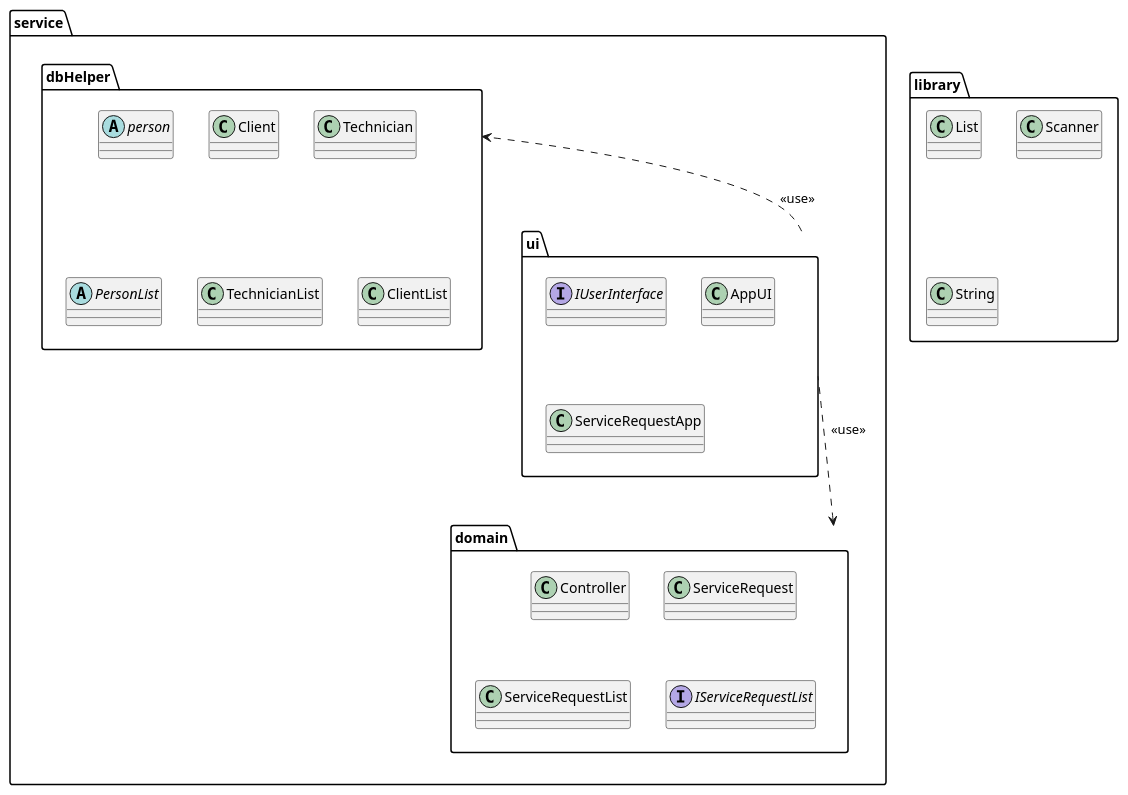
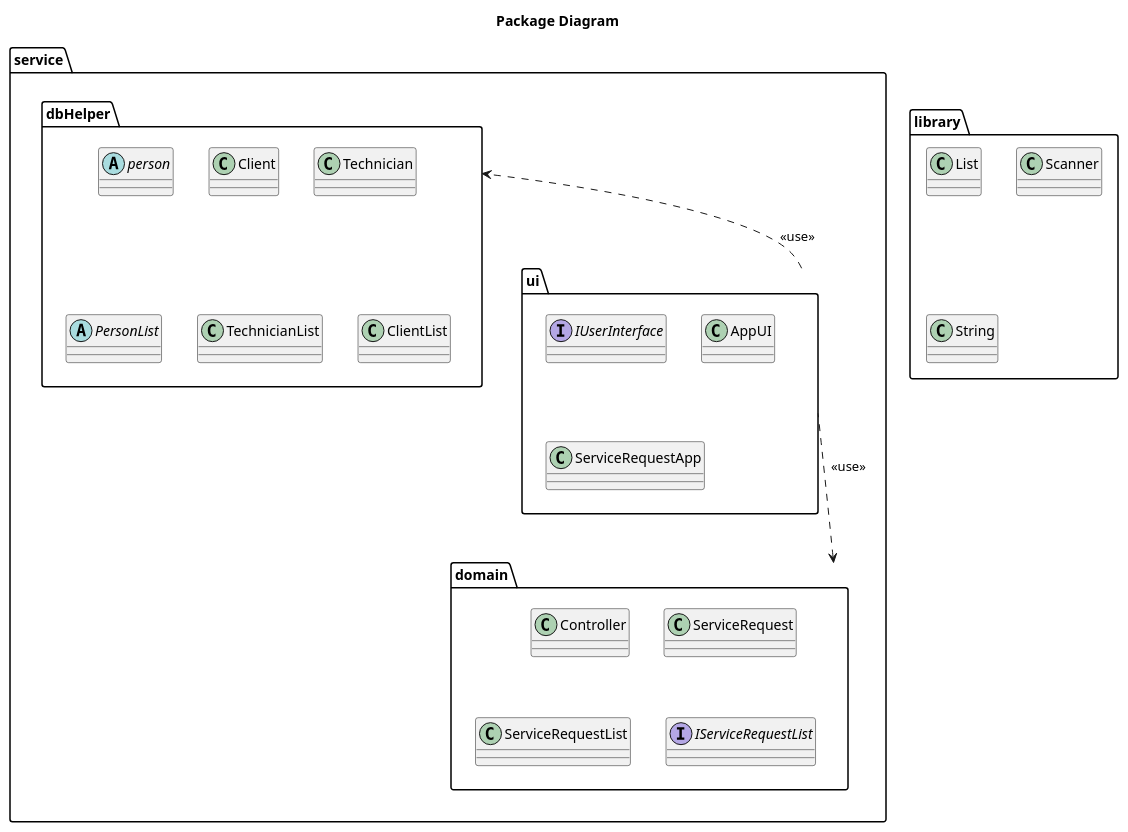
The diagram in UML/ClassDiagram/PackageDiagram.puml (WLun001/service-request-app), drawn with PlantUML before and after one commit. The commit also changed 4 other files, not shown here.

Commit message:
added title for each diagram

```diff
--- a/UML/ClassDiagram/PackageDiagram.puml
+++ b/UML/ClassDiagram/PackageDiagram.puml
@@ -1,32 +1,32 @@
 @startuml
-
+title Package Diagram
 service.ui .up.> service.dbHelper : <<use>>
 service.ui .up.> service.domain : <<use>>
 package "service.dbHelper" {
  abstract class person
  class Client
  class Technician
  abstract class PersonList
  class TechnicianList
  class ClientList
 }
 
 package "service.domain" {
  class Controller
  class ServiceRequest
  class ServiceRequestList
  interface IServiceRequestList
 }
 
 package "service.ui" {
  interface IUserInterface
  class AppUI
  class ServiceRequestApp
 }
 
 package "library"{
 class List
 class Scanner
 class String
 
 @enduml
```
